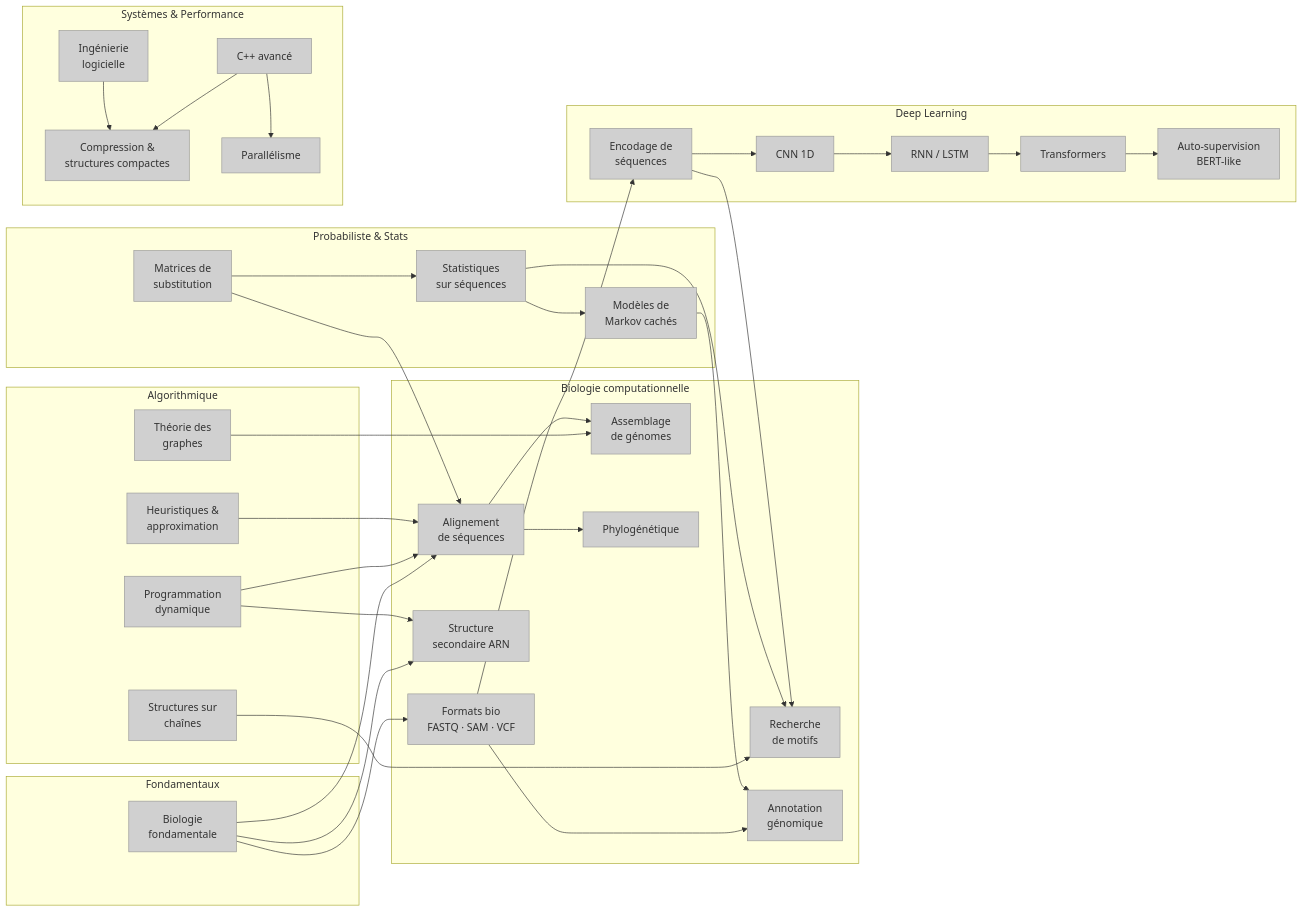
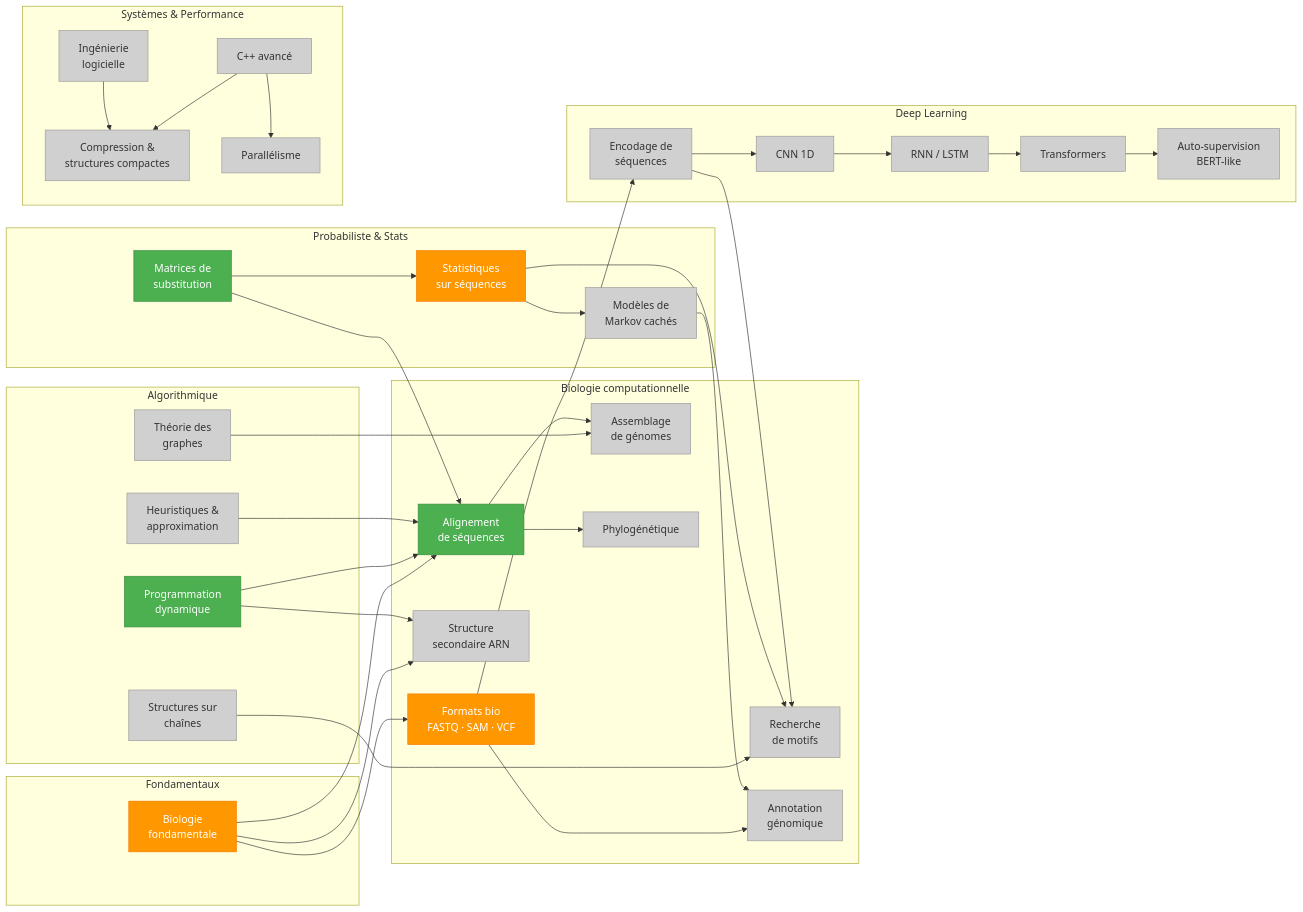
One commit to Aaqui-nas/BioInfo changed the diagram in SKILLS.md. Above: the diagram before and after it, drawn with Mermaid. The commit also changed other lines of this file and 15 other files, not shown here.

Commit message:
Sequencer-Aligner : TP01 structure sequence

````diff
--- a/SKILLS.md
+++ b/SKILLS.md
@@ -96,5 +96,7 @@
     classDef covered fill:#4caf50,stroke:#388e3c,color:#fff
     classDef partial fill:#ff9800,stroke:#f57c00,color:#fff
 
-    class PD,SC,GR,HEU,ALI,MOT,ASS,ANN,PHY,FMT,RNA,HMM,MST,STA,ENC,CNN,RNN,TRF,SSL,CPP,CMP,PAR,BIO_BASE,SWE unset
+    class PD,ALI,MST covered
+    class FMT,BIO_BASE,STA partial
+    class SC,GR,HEU,MOT,ASS,ANN,PHY,RNA,HMM,ENC,CNN,RNN,TRF,SSL,CPP,CMP,PAR,SWE unset
 ```
````
